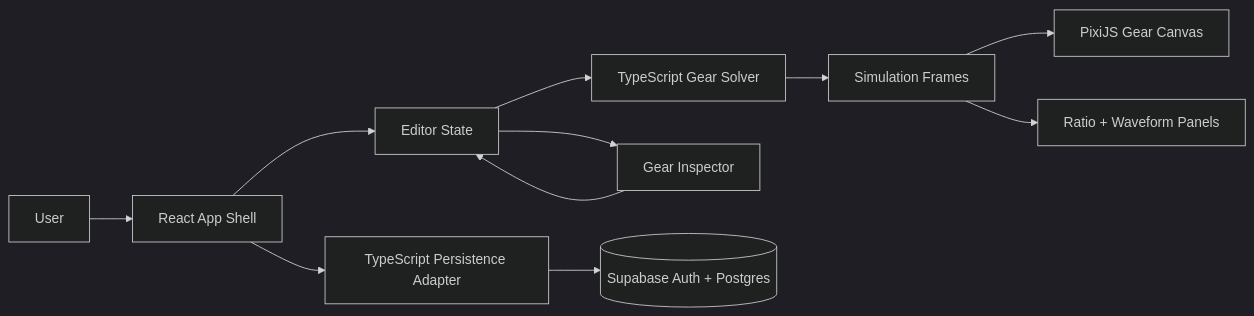
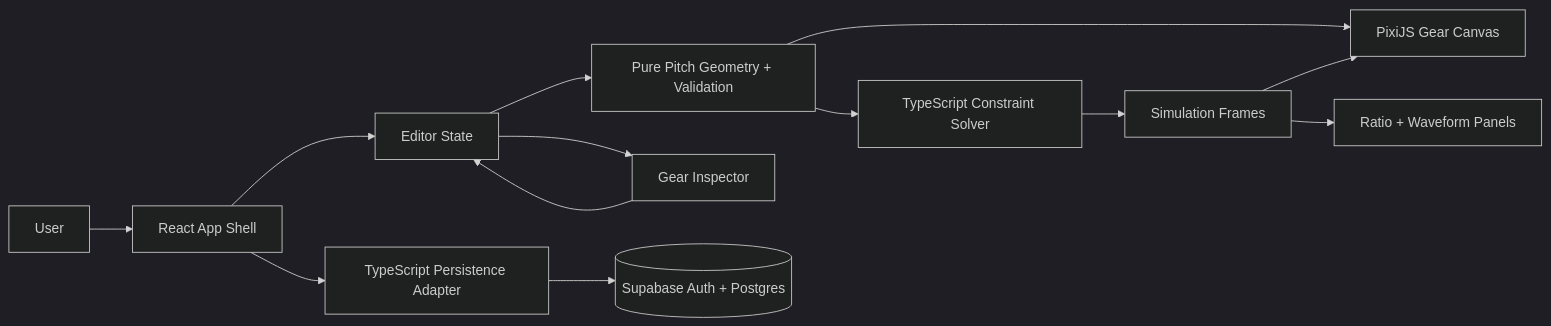
Before and after one commit to mjshuff23/interactive-gear-simulator: the first of 4 diagrams in docs/architecture/system-map.md, drawn with Mermaid (dark theme). The commit also changed other lines of this file and 17 other files, not shown here.

````diff
--- a/docs/architecture/system-map.md
+++ b/docs/architecture/system-map.md
@@ -9,13 +9,15 @@
 ```mermaid
 flowchart LR
   User[User] --> Shell[React App Shell]
   Shell --> Store[Editor State]
-  Store --> Engine[TypeScript Gear Solver]
+  Store --> Geometry[Pure Pitch Geometry + Validation]
+  Geometry --> Engine[TypeScript Constraint Solver]
+  Geometry --> Canvas[PixiJS Gear Canvas]
   Engine --> Frames[Simulation Frames]
   Frames --> Canvas[PixiJS Gear Canvas]
   Frames --> Viz[Ratio + Waveform Panels]
   Store --> Inspector[Gear Inspector]
   Inspector --> Store
   Shell --> Persistence[TypeScript Persistence Adapter]
   Persistence --> Supabase[(Supabase Auth + Postgres)]
 ```
````
